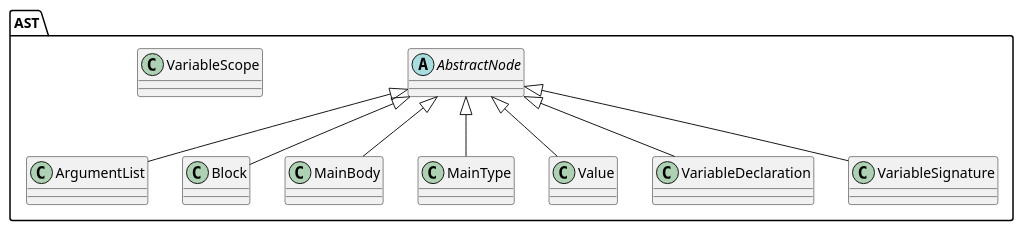
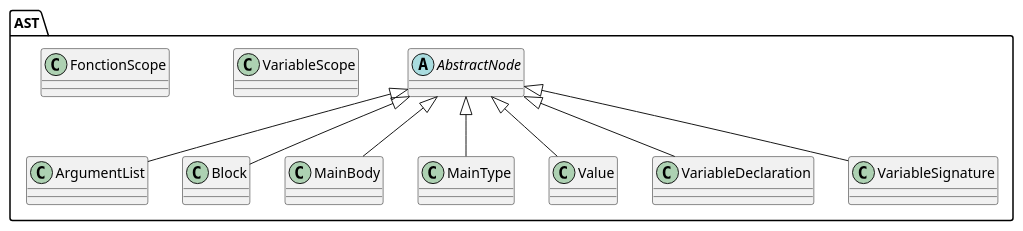
Before and after one commit to H4211-2017/pld-comp: the diagram in documentation/uml/class_AST.puml, drawn with PlantUML. The commit also changed 8 other files, not shown here.

```diff
--- a/documentation/uml/class_AST.puml
+++ b/documentation/uml/class_AST.puml
@@ -1,25 +1,26 @@
 @startuml
 
 package AST {
     abstract class AbstractNode
     class ArgumentList
     class Block
     class MainBody
     class MainType
     class Value
     class VariableDeclaration
     class VariableSignature
     
     class VariableScope
+    class FonctionScope
     
 	
     AbstractNode <|-- ArgumentList
     AbstractNode <|-- Block
     AbstractNode <|-- MainBody
     AbstractNode <|-- MainType
     AbstractNode <|-- Value
     AbstractNode <|-- VariableDeclaration
     AbstractNode <|-- VariableSignature
 }
 
 @enduml
```
